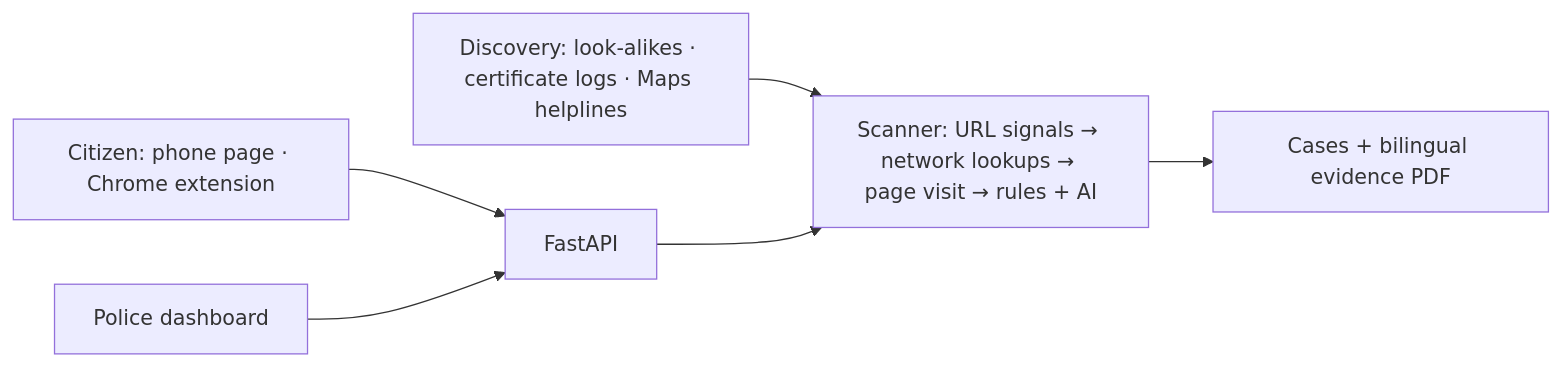
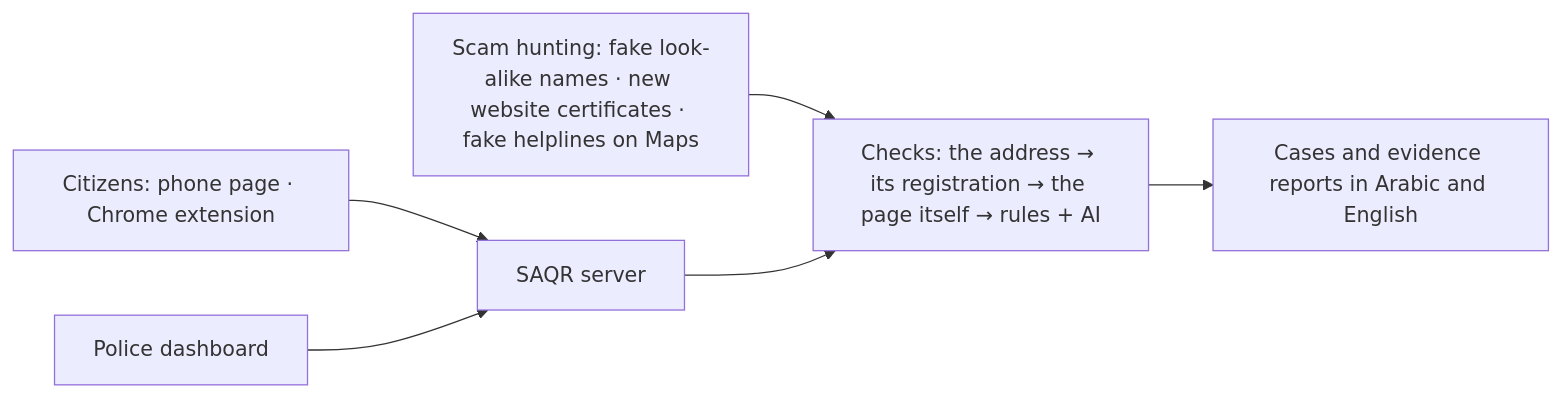
One commit to MohamedsCode/SAQR changed the diagram in README.md. Above: the diagram before and after it, drawn with Mermaid. The commit also changed other lines of this file, not shown here.

````diff
--- a/README.md
+++ b/README.md
@@ -36,8 +37,8 @@
 ```mermaid
 flowchart LR
-    citizen["Citizen: phone page · Chrome extension"] --> api["FastAPI"]
-    police["Police dashboard"] --> api
-    discovery["Discovery: look-alikes · certificate logs · Maps helplines"] --> scan
-    api --> scan["Scanner: URL signals → network lookups → page visit → rules + AI"]
-    scan --> evidence["Cases + bilingual evidence PDF"]
+    citizen["Citizens: phone page · Chrome extension"] --> server["SAQR server"]
+    police["Police dashboard"] --> server
+    discovery["Scam hunting: fake look-alike names · new website certificates · fake helplines on Maps"] --> checks
+    server --> checks["Checks: the address → its registration → the page itself → rules + AI"]
+    checks --> evidence["Cases and evidence reports in Arabic and English"]
 ```
````
